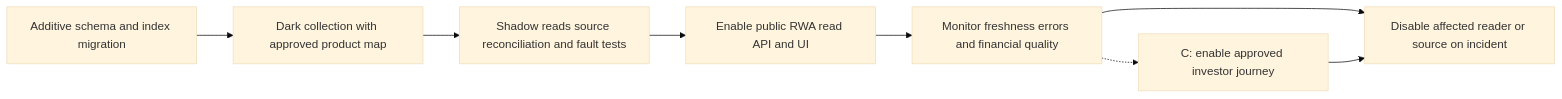
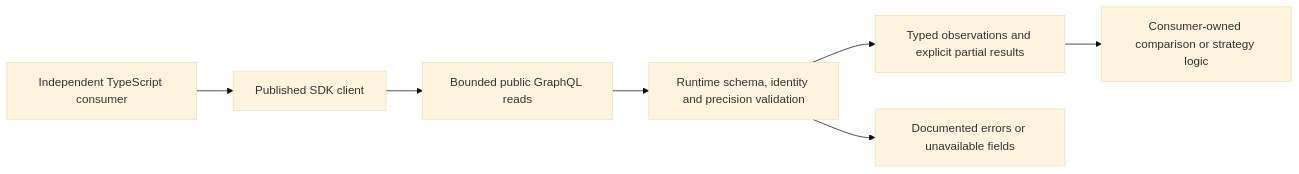
Diagram 18 of 21 in docs/rwa-integration-architecture/TECHNICAL_ARCHITECTURE.md (lendwise-fi/lendwise), drawn with Mermaid (base theme) before and after one commit. The commit also changed other lines of this file and 2 other files, not shown here.

Commit message:
docs: detail the complete RWA integration architecture

````diff
--- a/docs/rwa-integration-architecture/TECHNICAL_ARCHITECTURE.md
+++ b/docs/rwa-integration-architecture/TECHNICAL_ARCHITECTURE.md
@@ -742,10 +947,9 @@
 ```mermaid
 flowchart LR
-  Schema["Additive schema and index migration"] --> Dark["Dark collection with approved product map"]
-  Dark --> Shadow["Shadow reads source reconciliation and fault tests"]
-  Shadow --> Read["Enable public RWA read API and UI"]
-  Read --> Observe["Monitor freshness errors and financial quality"]
-  Observe -.-> Journey["C: enable approved investor journey"]
-  Observe --> Pause["Disable affected reader or source on incident"]
-  Journey --> Pause
+  App["Independent TypeScript consumer"] --> Client["Published SDK client"]
+  Client --> Transport["Bounded public GraphQL reads"]
+  Transport --> Validate["Runtime schema, identity and precision validation"]
+  Validate --> Good["Typed observations and explicit partial results"]
+  Validate --> Bad["Documented errors or unavailable fields"]
+  Good --> Consumer["Consumer-owned comparison or strategy logic"]
 ```
````
